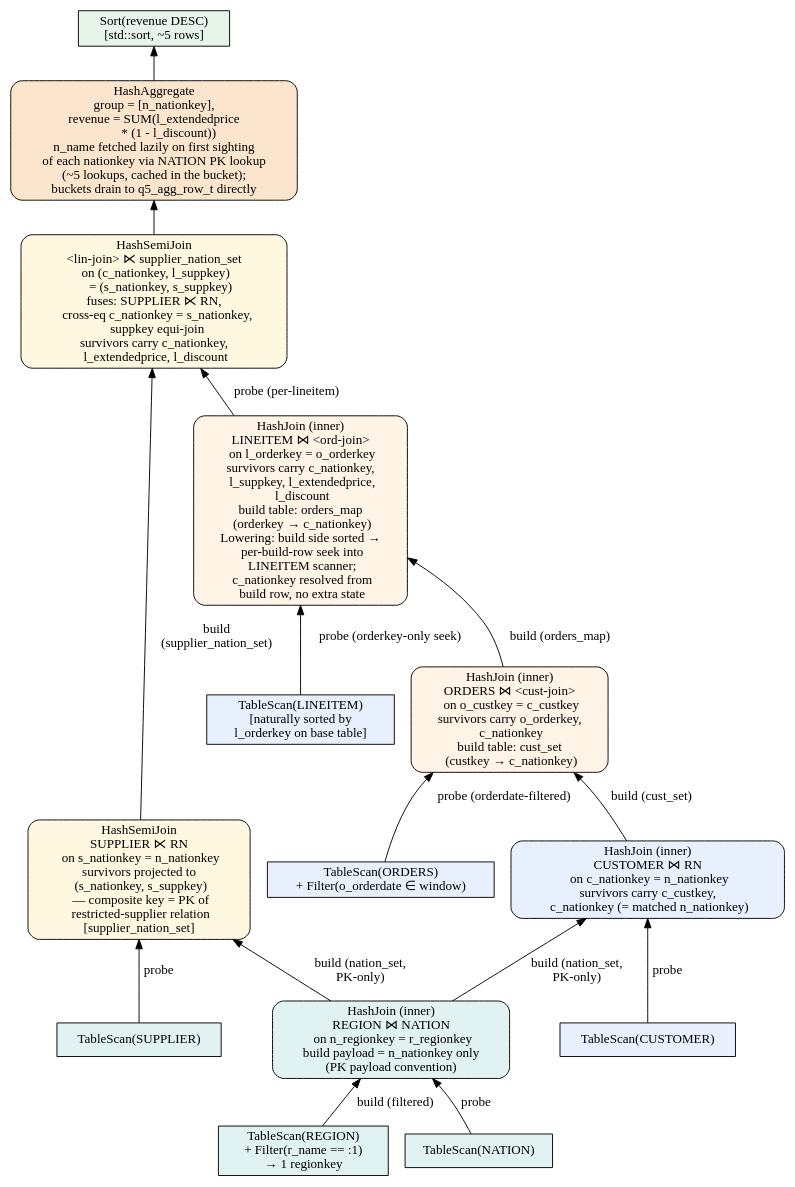
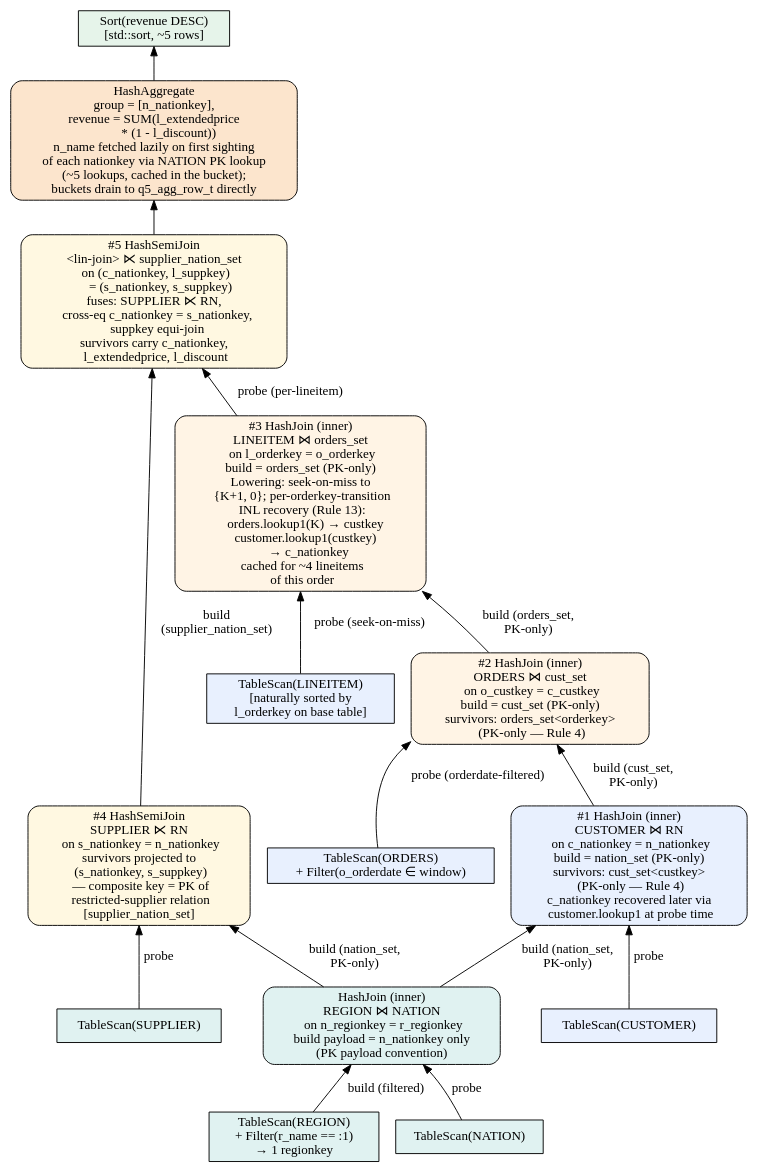
The diagram in frontend/tpch/q5/plans/baseline_s4.dot (alicia-lyu/leanstore), drawn with Graphviz before and after one commit. The commit also changed 2 other files, not shown here.

Commit message:
q5 Phase 11: S4 Rule-4 compliance retrofit (PK-only builds, INL recovery)
Replace cust_map<custkey, CustHit{c_nationkey, n_name*}> with
PK-only cust_set<custkey>. Recovery moved to probe time via two
chained INL probes (orders.lookup1 → customer.lookup1) at each
orderkey transition, mirroring the Q5I S4 idiom verbatim. The
per-query nationkey_to_name cache stays — it is convenience glue
that memoises NATION PK lookups across the ~5 surviving nationkeys,
NOT build payload (Rule 4 carve-out).

Strict 4-way parity verified at SF=1 (fresh load, digest 0x8875d9...,
2 rows; digest varies across loads — SF=1 data is non-deterministic
— but strict parity always holds). Q3 / Q3I / Q5I regressions clean.

CLAUDE.md: §Storage Structure Options S4 row + §Plan Descriptions
S4 narrative + comparison-axis row updated; new Phase 11 entry in
§Implementation Phases.

plans/baseline_s4.dot: operator boxes updated to show PK-only
cust_set / orders_set and per-orderkey INL recovery (Rule 13);
logical joins enumerated #1...#5 (Rule 12).

```diff
--- a/frontend/tpch/q5/plans/baseline_s4.dot
+++ b/frontend/tpch/q5/plans/baseline_s4.dot
@@ -1,121 +1,134 @@
 // Q5 S4 baseline plan — HashJoin chain over base tables, no merged
 // index. The "no co-location" reference point against which S1/S2/S3
 // are compared.
 //
 // S4 uses base tables only; no col.split_* secondaries. Fairness vs S3.
 //
 // Operator-framing rules used throughout (also applies to
 // family_logical.dot and family_s3_physical.dot):
 //
 //   • "Probe X" and "Build X" are NEVER operator nodes — they are
 //     edge roles into a HashJoin/HashSemiJoin operator. The operator
 //     node is the join; build/probe are labels on its input edges.
 //   • Operator class (HashJoin inner vs HashSemiJoin) is decided by
 //     what the joined record carries downstream — NOT by whether the
 //     build payload happens to be empty.
 //   • Sorted-then-seek loops are HashJoin lowerings (the build side
 //     is sorted and the probe side is naturally sorted on the join
 //     key, so per-build-row seek into the probe scanner is a
 //     physical implementation of the hash join). Draw them as
 //     HashJoin nodes; mention sorted-seek in a comment.
 //
 // Filter pushdown (specific fusions for S4):
 //
 //   • r_name = :1               → fused with TableScan(REGION) before
 //                                  the NATION join's build.
 //   • o_orderdate ∈ window       → fused with TableScan(ORDERS) before
 //                                  ORDERS feeds its probe edge.
 //
 // PRIMARY-KEY PAYLOAD CONVENTION: every hash build carries only the
 // build relation's primary key — no record content. Downstream
 // consumers fetch additional columns via the primary index at
 // consumption time. n_name is the canonical example: it is NOT in
 // any intermediate build payload; the inner-join framing of
 // CUSTOMER ⋈ RN authorizes fetching n_name anywhere downstream.
 // Convention: lazy NATION PK lookup inside the HashAggregate, on
 // first encounter of each new nationkey (~5 lookups per query,
 // cached in the per-nationkey bucket).
 //
 // Asymmetry between the two fan-outs from RN:
 //   CUSTOMER ⋈ RN is HashJoin (inner) — the joined record carries
 //                                       n_nationkey forward; n_name
 //                                       fetched lazily downstream.
 //   SUPPLIER ⋉ RN is HashSemiJoin    — no NATION column flows
 //                                       downstream from the supplier
 //                                       arm; supplier survivors carry
 //                                       only their own (s_nationkey,
 //                                       s_suppkey).
 //
 // Per-orderkey c_nationkey caching during the LINEITEM hash-join's
-// sorted-seek lowering: when streaming matched lineitems for one
-// build orderkey, c_nationkey is fixed by the build row — no extra
-// state is needed. The cache is internal to the join, not a separate
-// operator.
+// sorted-seek lowering: orders_set carries only the orderkey (Rule 4),
+// so c_nationkey is recovered per orderkey transition via two chained
+// INL probes (orders.lookup1 → customer.lookup1; Rule 13) and cached
+// for the ~4 lineitems sharing that orderkey.
+//
+// Logical join numbering (Rule 12):
+//   #1 CUSTOMER ⋈ NATION on c_nationkey = n_nationkey (RN inner-join)
+//   #2 CUSTOMER ⋈ ORDERS on c_custkey   = o_custkey
+//   #3 ORDERS   ⋈ LINEITEM on o_orderkey = l_orderkey
+//   #4 SUPPLIER ⋉ NATION on s_nationkey = n_nationkey (semi)
+//   #5 (LINEITEM × SUPPLIER) composite-key semi-join fusing the
+//      cross-equality c_nationkey = s_nationkey and the suppkey
+//      equi-join into one composite (s_nationkey, s_suppkey) probe.
 
 digraph {
   rankdir=BT;
 
   // ─────────── Shared dimension subtree: RN = REGION ⋈ NATION ───────────
   s_reg [label="TableScan(REGION)\n+ Filter(r_name == :1)\n→ 1 regionkey",
          shape=box, style=filled, fillcolor="#E0F2F1"];
   s_nat [label="TableScan(NATION)",
          shape=box, style=filled, fillcolor="#E0F2F1"];
   rn    [label="HashJoin (inner)\nREGION ⋈ NATION\n  on n_regionkey = r_regionkey\nbuild payload = n_nationkey only\n(PK payload convention)",
          shape=box, style="filled,rounded", fillcolor="#E0F2F1"];
 
   s_reg -> rn [label="build (filtered)"];
   s_nat -> rn [label="probe"];
 
   // ─────────── CUSTOMER ⋈ RN (inner — n_name flows downstream) ───────────
   s_cust  [label="TableScan(CUSTOMER)",
            shape=box, style=filled, fillcolor="#E8F0FE"];
-  hj_cust [label="HashJoin (inner)\nCUSTOMER ⋈ RN\n  on c_nationkey = n_nationkey\nsurvivors carry c_custkey,\n  c_nationkey (= matched n_nationkey)",
+  hj_cust [label="#1 HashJoin (inner)\nCUSTOMER ⋈ RN\n  on c_nationkey = n_nationkey\nbuild = nation_set (PK-only)\nsurvivors: cust_set<custkey>\n  (PK-only — Rule 4)\nc_nationkey recovered later via\n  customer.lookup1 at probe time",
            shape=box, style="filled,rounded", fillcolor="#E8F0FE"];
 
   rn     -> hj_cust [label="build (nation_set,\nPK-only)"];
   s_cust -> hj_cust [label="probe"];
 
-  // ─────────── ORDERS ⋈ CUSTOMER-join-result (inner) ───────────
+  // ─────────── #2 ORDERS ⋈ CUSTOMER on c_custkey = o_custkey ───────────
   s_ord  [label="TableScan(ORDERS)\n+ Filter(o_orderdate ∈ window)",
           shape=box, style=filled, fillcolor="#E8F0FE"];
-  hj_ord [label="HashJoin (inner)\nORDERS ⋈ <cust-join>\n  on o_custkey = c_custkey\nsurvivors carry o_orderkey,\n  c_nationkey\nbuild table: cust_set\n  (custkey → c_nationkey)",
+  hj_ord [label="#2 HashJoin (inner)\nORDERS ⋈ cust_set\n  on o_custkey = c_custkey\nbuild = cust_set (PK-only)\nsurvivors: orders_set<orderkey>\n  (PK-only — Rule 4)",
           shape=box, style="filled,rounded", fillcolor="#FFF4E5"];
 
-  hj_cust -> hj_ord [label="build (cust_set)"];
+  hj_cust -> hj_ord [label="build (cust_set,\nPK-only)"];
   s_ord   -> hj_ord [label="probe (orderdate-filtered)"];
 
-  // ─────────── LINEITEM ⋈ ORDERS-join-result (inner; sorted-seek lowering) ───────────
+  // ─────────── #3 LINEITEM ⋈ ORDERS on l_orderkey = o_orderkey ───────────
+  // Probe-side seek-on-miss lowering (CONVENTIONS Rule 3): LINEITEM is
+  // naturally sorted by l_orderkey, so on a miss at orderkey K we seek
+  // to {K+1, 0}. Per-orderkey transition recovers c_nationkey via two
+  // chained INL probes (Rule 13).
   s_lin  [label="TableScan(LINEITEM)\n[naturally sorted by\n l_orderkey on base table]",
           shape=box, style=filled, fillcolor="#E8F0FE"];
-  hj_lin [label="HashJoin (inner)\nLINEITEM ⋈ <ord-join>\n  on l_orderkey = o_orderkey\nsurvivors carry c_nationkey,\n  l_suppkey, l_extendedprice,\n  l_discount\nbuild table: orders_map\n  (orderkey → c_nationkey)\nLowering: build side sorted →\n  per-build-row seek into\n  LINEITEM scanner;\n  c_nationkey resolved from\n  build row, no extra state",
+  hj_lin [label="#3 HashJoin (inner)\nLINEITEM ⋈ orders_set\n  on l_orderkey = o_orderkey\nbuild = orders_set (PK-only)\nLowering: seek-on-miss to\n  {K+1, 0}; per-orderkey-transition\n  INL recovery (Rule 13):\n    orders.lookup1(K) → custkey\n    customer.lookup1(custkey)\n      → c_nationkey\n  cached for ~4 lineitems\n  of this order",
           shape=box, style="filled,rounded", fillcolor="#FFF4E5"];
 
-  hj_ord -> hj_lin [label="build (orders_map)"];
-  s_lin  -> hj_lin [label="probe (orderkey-only seek)"];
+  hj_ord -> hj_lin [label="build (orders_set,\nPK-only)"];
+  s_lin  -> hj_lin [label="probe (seek-on-miss)"];
 
   // ─────────── SUPPLIER ⋉ RN (semi-join; no NATION column flows past) ───────────
   s_sup  [label="TableScan(SUPPLIER)",
           shape=box, style=filled, fillcolor="#E0F2F1"];
-  sj_sup [label="HashSemiJoin\nSUPPLIER ⋉ RN\n  on s_nationkey = n_nationkey\nsurvivors projected to\n  (s_nationkey, s_suppkey)\n  — composite key = PK of\n  restricted-supplier relation\n[supplier_nation_set]",
+  sj_sup [label="#4 HashSemiJoin\nSUPPLIER ⋉ RN\n  on s_nationkey = n_nationkey\nsurvivors projected to\n  (s_nationkey, s_suppkey)\n  — composite key = PK of\n  restricted-supplier relation\n[supplier_nation_set]",
           shape=box, style="filled,rounded", fillcolor="#FFF8E1"];
 
   rn    -> sj_sup [label="build (nation_set,\nPK-only)"];
   s_sup -> sj_sup [label="probe"];
 
   // ─────────── COL × SUPPLIER composite-key semi-join (fuses cross-eq + suppkey) ───────────
-  sj_col_sup [label="HashSemiJoin\n<lin-join> ⋉ supplier_nation_set\n  on (c_nationkey, l_suppkey)\n     = (s_nationkey, s_suppkey)\nfuses: SUPPLIER ⋉ RN,\n   cross-eq c_nationkey = s_nationkey,\n   suppkey equi-join\nsurvivors carry c_nationkey,\n  l_extendedprice, l_discount",
+  sj_col_sup [label="#5 HashSemiJoin\n<lin-join> ⋉ supplier_nation_set\n  on (c_nationkey, l_suppkey)\n     = (s_nationkey, s_suppkey)\nfuses: SUPPLIER ⋉ RN,\n   cross-eq c_nationkey = s_nationkey,\n   suppkey equi-join\nsurvivors carry c_nationkey,\n  l_extendedprice, l_discount",
               shape=box, style="filled,rounded", fillcolor="#FFF8E1"];
 
   hj_lin -> sj_col_sup [label="probe (per-lineitem)"];
   sj_sup -> sj_col_sup [label="build\n(supplier_nation_set)"];
 
   // ─────────── Aggregate (n_name fetched lazily inside) ───────────
   agg [label="HashAggregate\ngroup = [n_nationkey],\nrevenue = SUM(l_extendedprice\n          * (1 - l_discount))\nn_name fetched lazily on first sighting\nof each nationkey via NATION PK lookup\n(~5 lookups, cached in the bucket);\nbuckets drain to q5_agg_row_t directly",
        shape=box, style="filled,rounded", fillcolor="#FCE5CD"];
   sort [label="Sort(revenue DESC)\n[std::sort, ~5 rows]",
         shape=box, style=filled, fillcolor="#E6F4EA"];
 
   sj_col_sup -> agg;
   agg        -> sort;
 
 }
```
